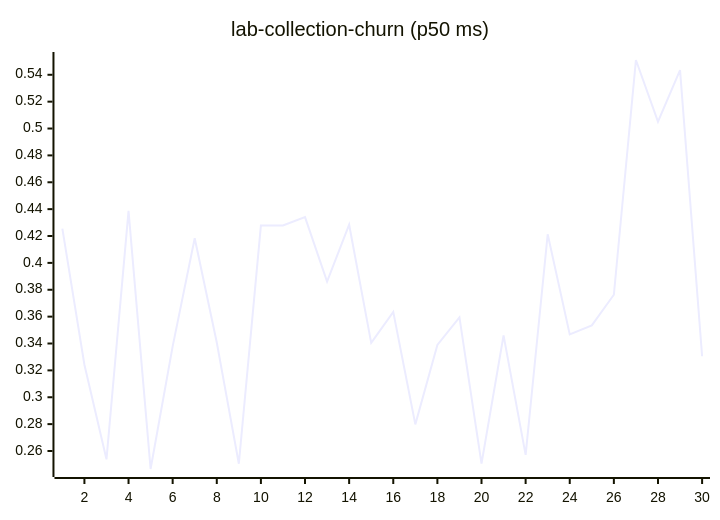
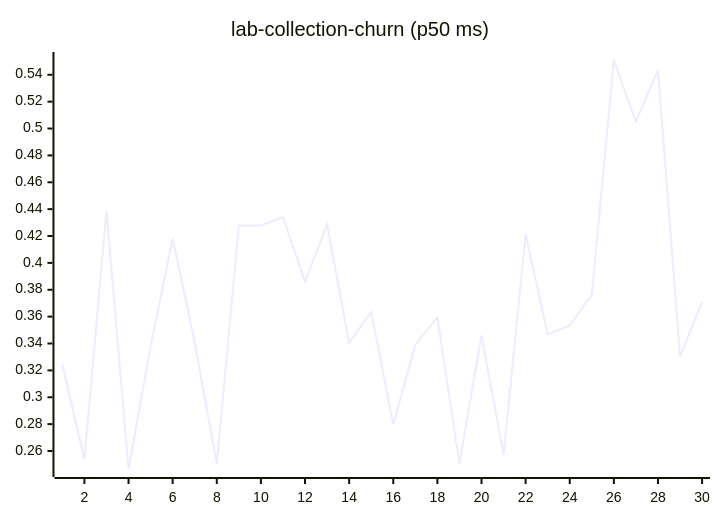
One commit to josha/Facet changed diagram 11 of 27 in README.md. Above: the diagram before and after it, drawn with Mermaid. The commit also changed other lines of this file and 2 other files, not shown here.

````diff
--- a/README.md
+++ b/README.md
@@ -133,6 +133,6 @@
 ```mermaid
 xychart-beta
     title "lab-collection-churn (p50 ms)"
     x-axis 1 --> 30
-    line [0.4255, 0.3242, 0.2538, 0.4387, 0.2466, 0.3379, 0.4183, 0.3407, 0.2505, 0.4278, 0.4279, 0.4341, 0.3861, 0.4284, 0.3405, 0.3635, 0.2798, 0.3389, 0.3594, 0.2506, 0.3460, 0.2571, 0.4213, 0.3468, 0.3535, 0.3763, 0.5510, 0.5051, 0.5435, 0.3305]
+    line [0.3242, 0.2538, 0.4387, 0.2466, 0.3379, 0.4183, 0.3407, 0.2505, 0.4278, 0.4279, 0.4341, 0.3861, 0.4284, 0.3405, 0.3635, 0.2798, 0.3389, 0.3594, 0.2506, 0.3460, 0.2571, 0.4213, 0.3468, 0.3535, 0.3763, 0.5510, 0.5051, 0.5435, 0.3305, 0.3710]
 ```
````
